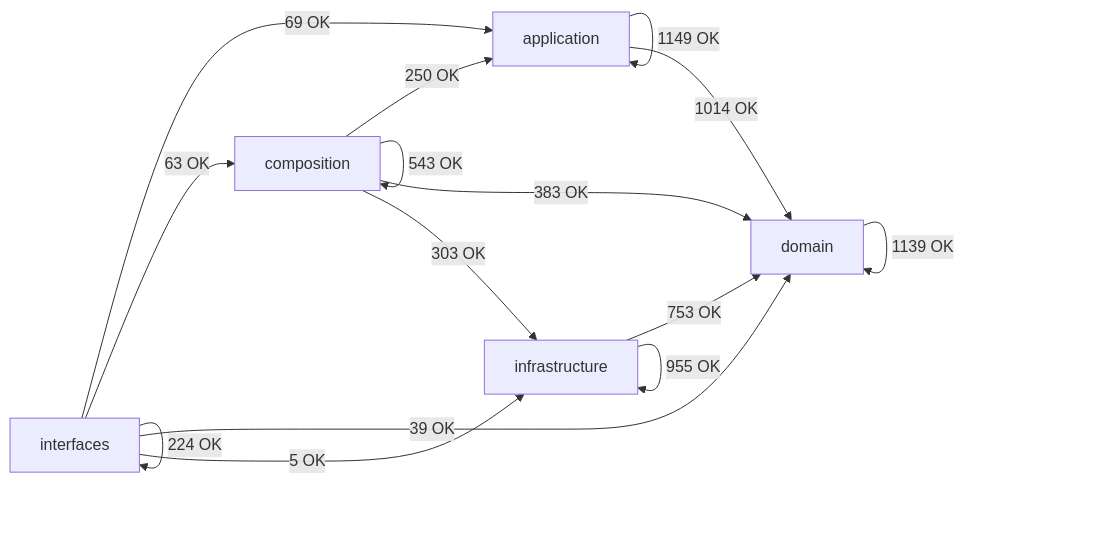
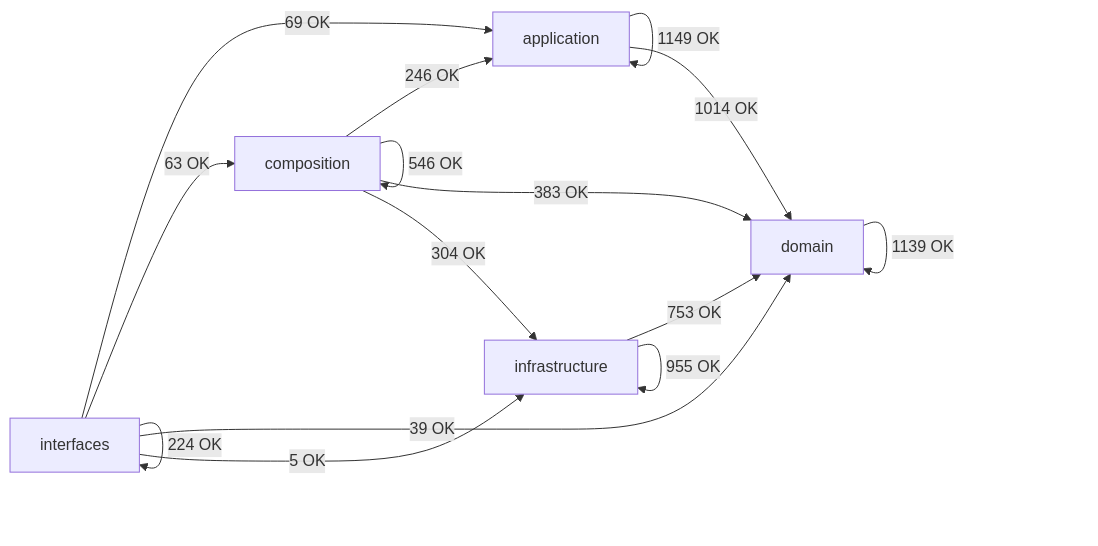
One commit to SatoryKono/BioactivityDataAcquisition changed the diagram in docs/02-architecture/generated/module-dependency-map.md. Above: the diagram before and after it, drawn with Mermaid. The commit also changed other lines of this file and 26 other files, not shown here.

````diff
--- a/docs/02-architecture/generated/module-dependency-map.md
+++ b/docs/02-architecture/generated/module-dependency-map.md
@@ -17,22 +17,22 @@
 ```mermaid
 flowchart LR
     domain[domain]
     application[application]
     infrastructure[infrastructure]
     composition[composition]
     interfaces[interfaces]
     application -->|1149 OK| application
     application -->|1014 OK| domain
-    composition -->|250 OK| application
-    composition -->|543 OK| composition
+    composition -->|246 OK| application
+    composition -->|546 OK| composition
     composition -->|383 OK| domain
-    composition -->|303 OK| infrastructure
+    composition -->|304 OK| infrastructure
     domain -->|1139 OK| domain
     infrastructure -->|753 OK| domain
     infrastructure -->|955 OK| infrastructure
     interfaces -->|69 OK| application
     interfaces -->|63 OK| composition
     interfaces -->|39 OK| domain
     interfaces -->|5 OK| infrastructure
     interfaces -->|224 OK| interfaces
 ```
````
